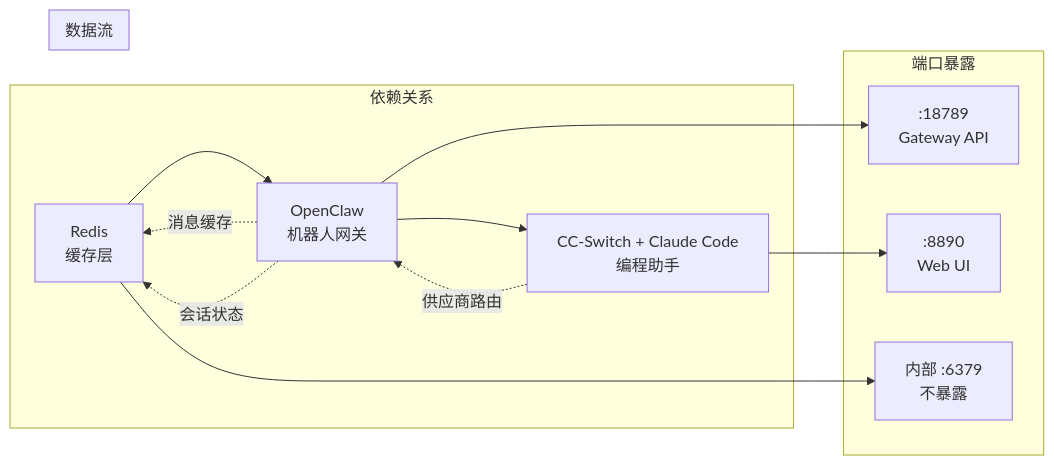
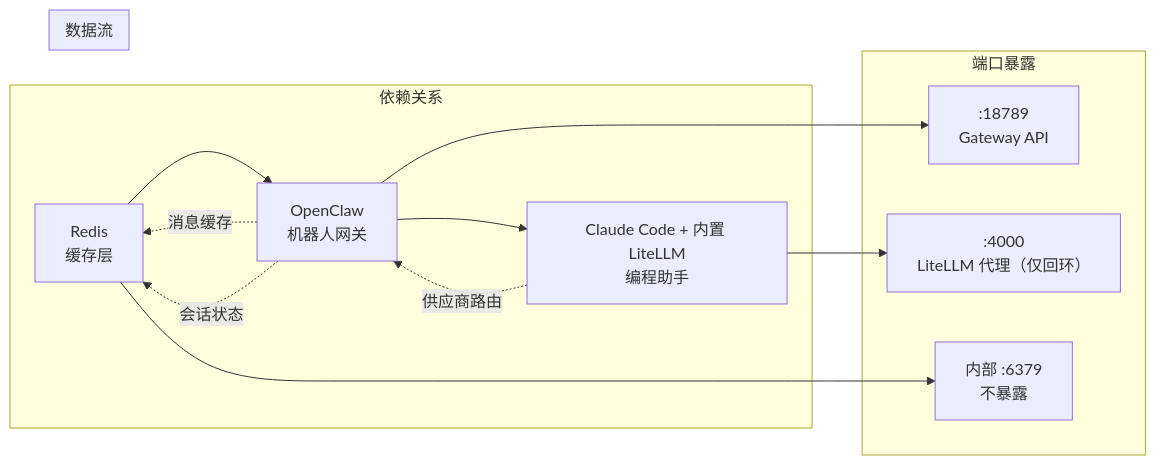
One commit to smart-open/DevPilot changed the second of 14 diagrams in 产品架构技术设计说明书.md. Above: the diagram before and after it, drawn with Mermaid. The commit also changed other lines of this file and 22 other files, not shown here.

````diff
--- a/产品架构技术设计说明书.md
+++ b/产品架构技术设计说明书.md
@@ -183,19 +183,19 @@
 ```mermaid
 graph LR
     subgraph 依赖关系
         RD[Redis<br/>缓存层] --> OC[OpenClaw<br/>机器人网关]
-        OC --> CC[CC-Switch + Claude Code<br/>编程助手]
+        OC --> CC[Claude Code + 内置 LiteLLM<br/>编程助手]
     end
 
     subgraph 数据流
         OC -.->|消息缓存| RD
         OC -.->|会话状态| RD
         CC -.->|供应商路由| OC
     end
 
     subgraph 端口暴露
         OC --> P1[":18789<br/>Gateway API"]
-        CC --> P2[":8890<br/>Web UI"]
+        CC --> P4[":4000<br/>LiteLLM 代理（仅回环）"]
         RD --> P3["内部 :6379<br/>不暴露"]
     end
 ```
````
